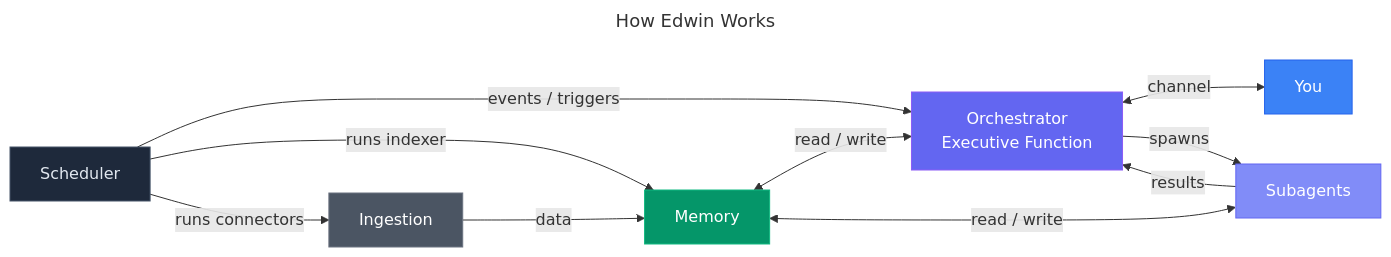
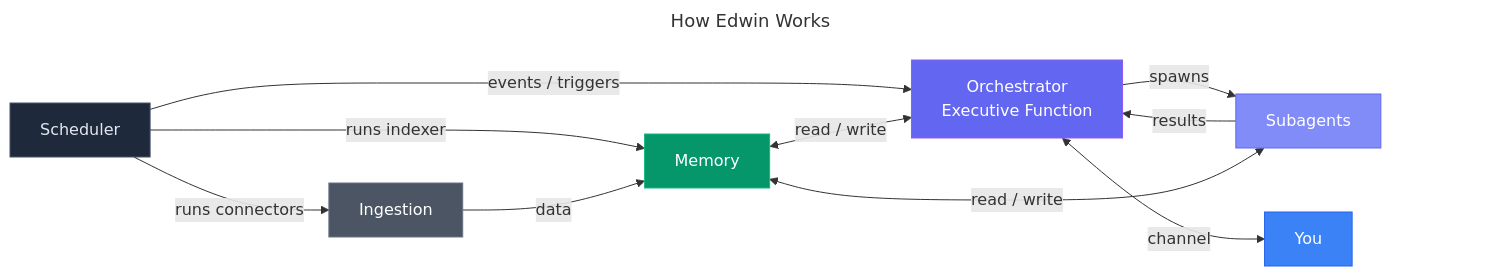
The diagram in README.md (bwelker/Edwin), drawn with Mermaid before and after one commit.

Commit message:
readme: add invisible padding node to push diagram away from GitHub controls

````diff
--- a/README.md
+++ b/README.md
@@ -103,22 +103,25 @@
 ```mermaid
 ---
 title: How Edwin Works
 ---
 graph LR
     JH[Scheduler] -->|runs connectors| IG[Ingestion]
     JH -->|runs indexer| MM[Memory]
     JH -->|events / triggers| LLM[Orchestrator<br/>Executive Function]
     IG -->|data| MM
     MM <-->|read / write| LLM
     LLM <-->|channel| U[You]
     LLM -->|spawns| SA[Subagents]
     SA -->|results| LLM
     SA <-->|read / write| MM
+    SA ~~~ PAD[ ]
+    U ~~~ PAD
 
     style LLM fill:#6366f1,stroke:#8b5cf6,color:#fff
     style SA fill:#818cf8,stroke:#6366f1,color:#fff
     style MM fill:#059669,stroke:#10b981,color:#fff
     style U fill:#3b82f6,stroke:#2563eb,color:#fff
     style IG fill:#4b5563,stroke:#6b7280,color:#fff
     style JH fill:#1e293b,stroke:#475569,color:#e2e8f0
+    style PAD fill:none,stroke:none,color:none
 ```
````
